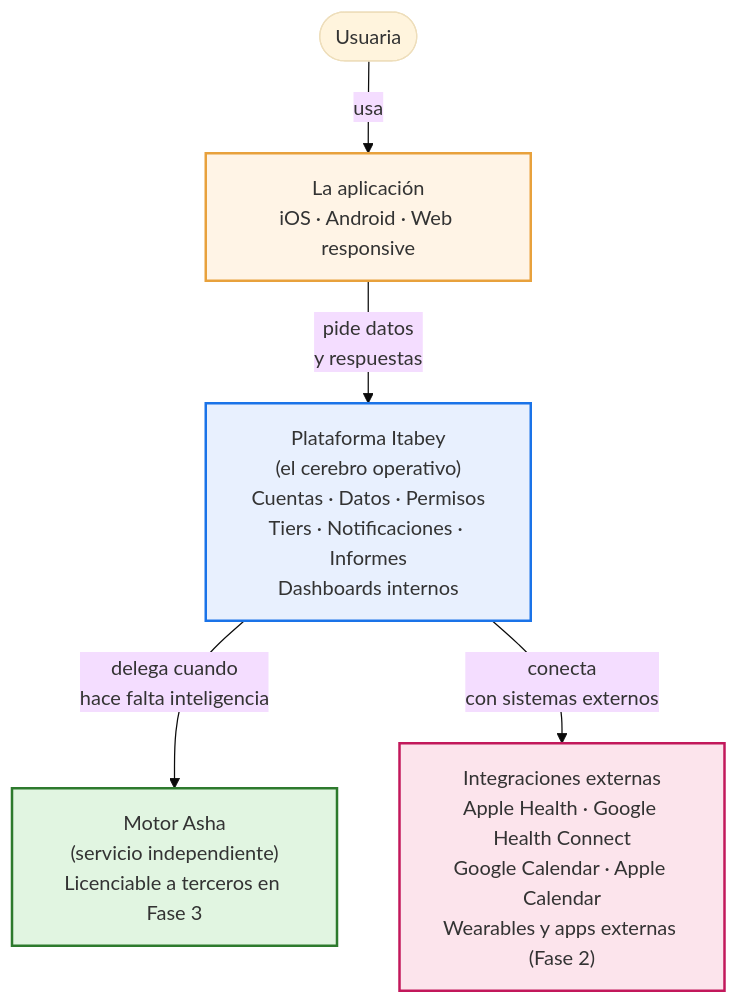
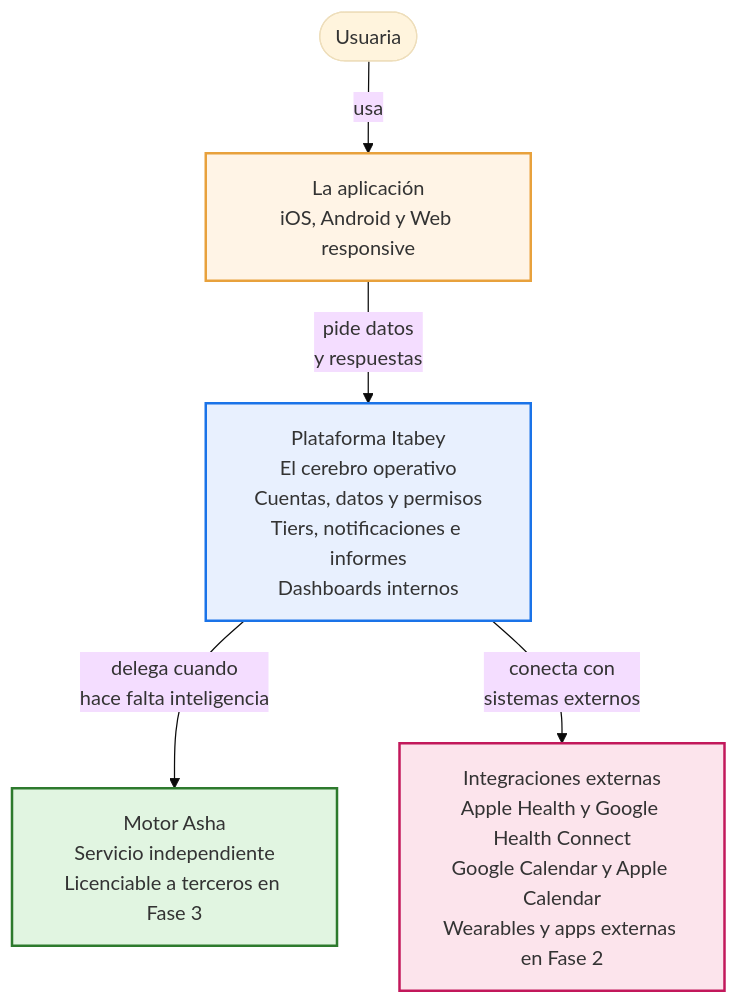
One commit to asantolaria/Itabey changed the first of 2 diagrams in docs/delivery/arquitectura-resumen-ejecutivo.md. Above: the diagram before and after it, drawn with Mermaid (base theme). The commit also changed other lines of this file and 3 other files, not shown here.

````diff
--- a/docs/delivery/arquitectura-resumen-ejecutivo.md
+++ b/docs/delivery/arquitectura-resumen-ejecutivo.md
@@ -28,12 +28,12 @@
 ```mermaid
 flowchart TB
-    Usuaria(["Usuaria"]) -->|usa| App["La aplicación<br/>iOS · Android · Web responsive"]
-    App -->|pide datos<br/>y respuestas| Platform["Plataforma Itabey<br/>(el cerebro operativo)<br/>Cuentas · Datos · Permisos<br/>Tiers · Notificaciones · Informes<br/>Dashboards internos"]
-    Platform -->|delega cuando<br/>hace falta inteligencia| Asha["Motor Asha<br/>(servicio independiente)<br/>Licenciable a terceros en Fase 3"]
-    Platform -->|conecta<br/>con sistemas externos| External["Integraciones externas<br/>Apple Health · Google Health Connect<br/>Google Calendar · Apple Calendar<br/>Wearables y apps externas (Fase 2)"]
+    Usuaria(["Usuaria"]) -->|usa| App["La aplicación<br/>iOS, Android y Web responsive"]
+    App -->|pide datos<br/>y respuestas| Platform["Plataforma Itabey<br/>El cerebro operativo<br/>Cuentas, datos y permisos<br/>Tiers, notificaciones e informes<br/>Dashboards internos"]
+    Platform -->|delega cuando<br/>hace falta inteligencia| Asha["Motor Asha<br/>Servicio independiente<br/>Licenciable a terceros en Fase 3"]
+    Platform -->|conecta con<br/>sistemas externos| External["Integraciones externas<br/>Apple Health y Google Health Connect<br/>Google Calendar y Apple Calendar<br/>Wearables y apps externas en Fase 2"]
 
     style Asha fill:#e1f5e1,stroke:#2d7a2d,stroke-width:2px
     style Platform fill:#e8f0fe,stroke:#1a73e8,stroke-width:2px
     style App fill:#fff4e6,stroke:#e8a13c,stroke-width:2px
     style External fill:#fce4ec,stroke:#c2185b,stroke-width:2px
 ```
````
